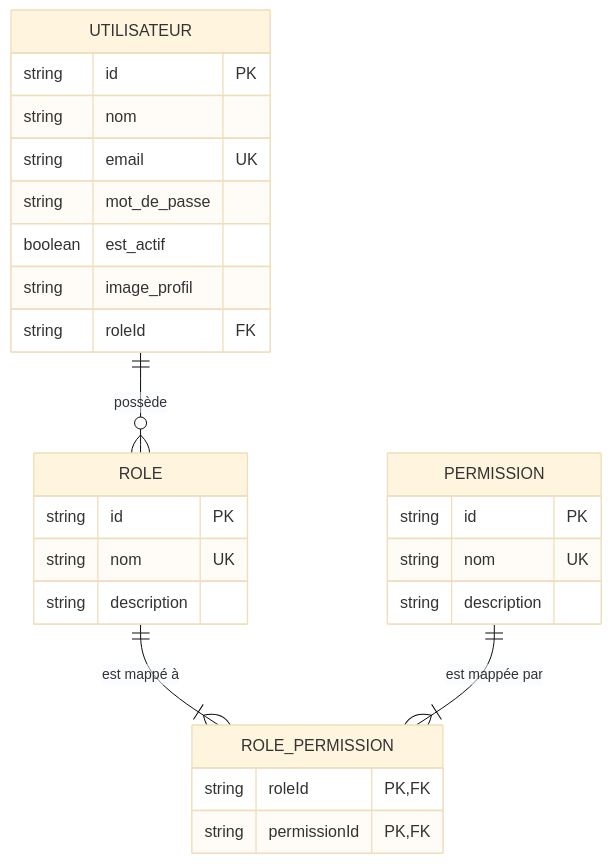
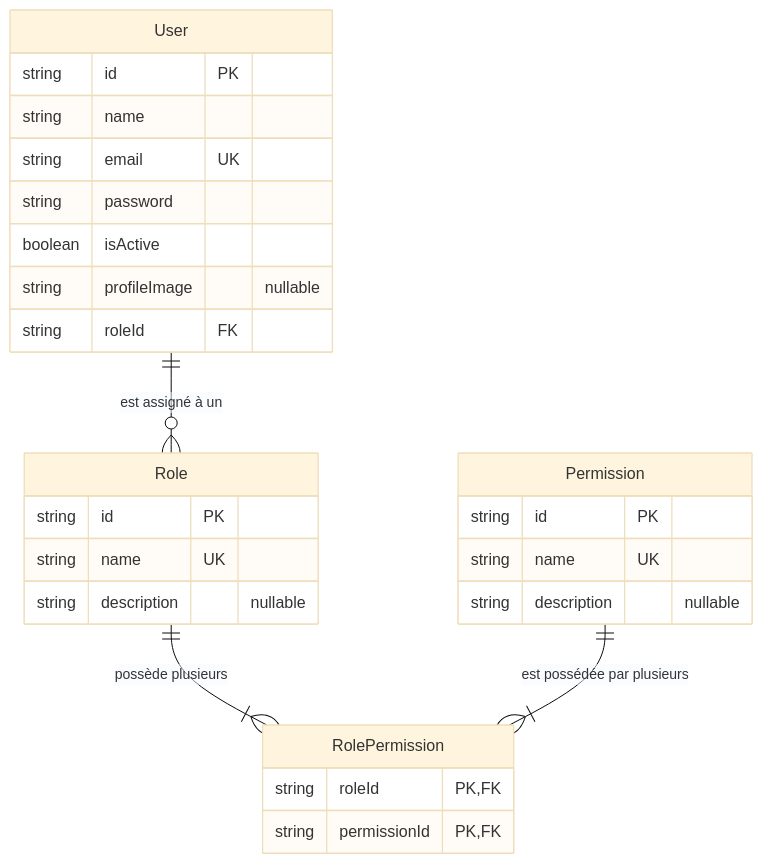
Before and after one commit to HarcheSamir/esisba-lirmm-ecommerce: the third of 4 diagrams in MVP.md, drawn with Mermaid (base theme). The commit also changed other lines of this file, not shown here.

````diff
--- a/MVP.md
+++ b/MVP.md
@@ -248,30 +286,30 @@
-    ```mermaid
-    erDiagram
-        UTILISATEUR {
-            string id PK
-            string nom
-            string email UK
-            string mot_de_passe
-            boolean est_actif
-            string image_profil
-            string roleId FK
-        }
-        ROLE {
-            string id PK
-            string nom UK
-            string description
-        }
-        PERMISSION {
-            string id PK
-            string nom UK
-            string description
-        }
-        ROLE_PERMISSION {
-            string roleId PK, FK
-            string permissionId PK, FK
-        }
+```mermaid
+erDiagram
+    User {
+        string id PK
+        string name
+        string email UK
+        string password
+        boolean isActive
+        string profileImage "nullable"
+        string roleId FK
+    }
+    Role {
+        string id PK
+        string name UK
+        string description "nullable"
+    }
+    Permission {
+        string id PK
+        string name UK
+        string description "nullable"
+    }
+    RolePermission {
+        string roleId PK, FK
+        string permissionId PK, FK
+    }
 
-        UTILISATEUR ||--o{ ROLE : "possède"
-        ROLE ||--|{ ROLE_PERMISSION : "est mappé à"
-        PERMISSION ||--|{ ROLE_PERMISSION : "est mappée par"
-    ```
+    User ||--o{ Role : "est assigné à un"
+    Role ||--|{ RolePermission : "possède plusieurs"
+    Permission ||--|{ RolePermission : "est possédée par plusieurs"
+```
````
